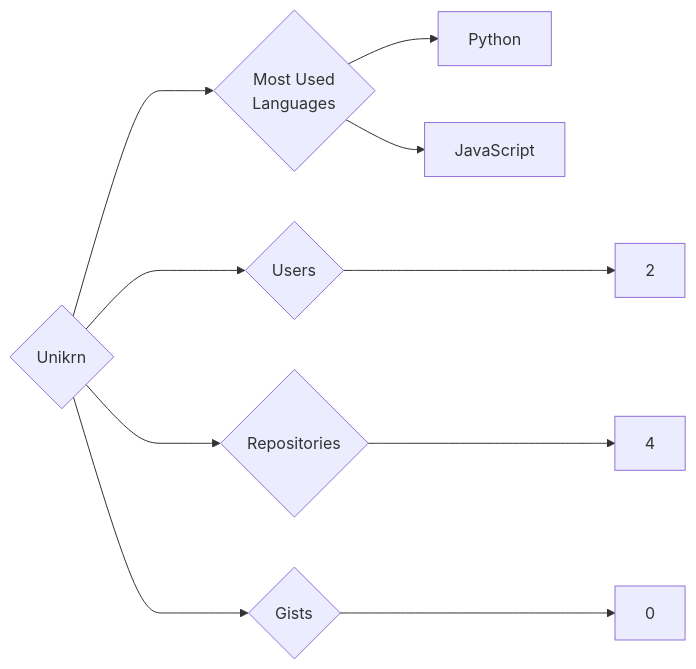
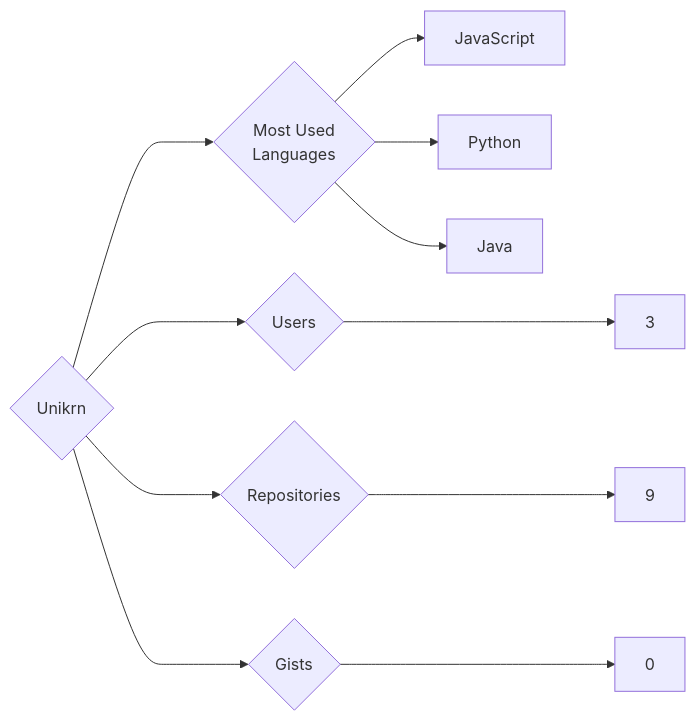
Before and after one commit to trickest/insiders: the diagram in targets/Unikrn/README.md, drawn with Mermaid. The commit also changed 886 other files, not shown here.

````diff
--- a/targets/Unikrn/README.md
+++ b/targets/Unikrn/README.md
@@ -3,10 +3,11 @@
 ```mermaid
 graph LR
 COMPANY_NAME{Unikrn}
-COMPANY_NAME ---> U{Users} ---> UN[2]
-COMPANY_NAME ---> R{Repositories} ---> RN[4]
+COMPANY_NAME ---> U{Users} ---> UN[3]
+COMPANY_NAME ---> R{Repositories} ---> RN[9]
 COMPANY_NAME ---> G{Gists} ---> GN[0]
 COMPANY_NAME ---> ML{Most Used<br>Languages}
+ML --> JavaScript[JavaScript]
 ML --> Python[Python]
-ML --> JavaScript[JavaScript]
+ML --> Java[Java]
 ```
````
